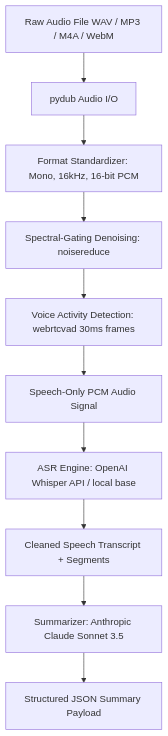
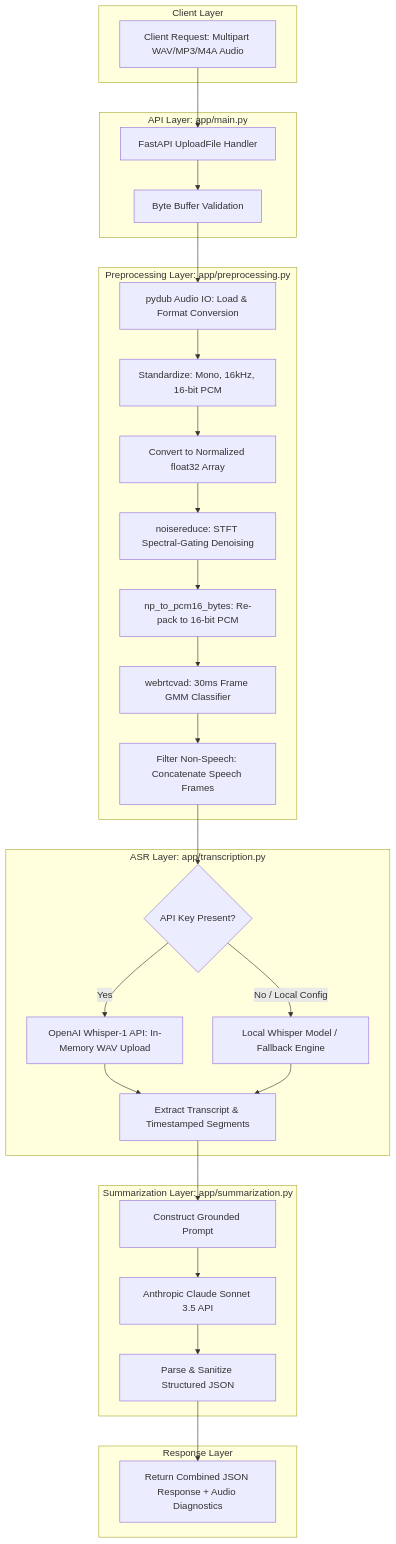
The diagram in README.md (Riddhim-r/Voice-Insight-API), drawn with Mermaid before and after one commit. The commit also changed other lines of this file, not shown here.

````diff
--- a/README.md
+++ b/README.md
@@ -9,12 +30,40 @@
 ```mermaid
 flowchart TD
-    A[Raw Audio File WAV / MP3 / M4A / WebM] --> B[pydub Audio I/O]
-    B --> C[Format Standardizer: Mono, 16kHz, 16-bit PCM]
-    C --> D[Spectral-Gating Denoising: noisereduce]
-    D --> E[Voice Activity Detection: webrtcvad 30ms frames]
-    E --> F[Speech-Only PCM Audio Signal]
-    F --> G[ASR Engine: OpenAI Whisper API / local base]
-    G --> H[Cleaned Speech Transcript + Segments]
-    H --> I[Summarizer: Anthropic Claude Sonnet 3.5]
-    I --> J[Structured JSON Summary Payload]
+    subgraph Client Layer
+        A[Client Request: Multipart WAV/MP3/M4A Audio]
+    end
+
+    subgraph API Layer: app/main.py
+        B[FastAPI UploadFile Handler] --> C[Byte Buffer Validation]
+    end
+
+    subgraph Preprocessing Layer: app/preprocessing.py
+        C --> D[pydub Audio IO: Load & Format Conversion]
+        D --> E[Standardize: Mono, 16kHz, 16-bit PCM]
+        E --> F[Convert to Normalized float32 Array]
+        F --> G[noisereduce: STFT Spectral-Gating Denoising]
+        G --> H[np_to_pcm16_bytes: Re-pack to 16-bit PCM]
+        H --> I[webrtcvad: 30ms Frame GMM Classifier]
+        I --> J[Filter Non-Speech: Concatenate Speech Frames]
+    end
+
+    subgraph ASR Layer: app/transcription.py
+        J --> K{API Key Present?}
+        K -- Yes --> L[OpenAI Whisper-1 API: In-Memory WAV Upload]
+        K -- No / Local Config --> M[Local Whisper Model / Fallback Engine]
+        L --> N[Extract Transcript & Timestamped Segments]
+        M --> N
+    end
+
+    subgraph Summarization Layer: app/summarization.py
+        N --> O[Construct Grounded Prompt]
+        O --> P[Anthropic Claude Sonnet 3.5 API]
+        P --> Q[Parse & Sanitize Structured JSON]
+    end
+
+    subgraph Response Layer
+        Q --> R[Return Combined JSON Response + Audio Diagnostics]
+    end
+
+    A --> B
 ```
````
